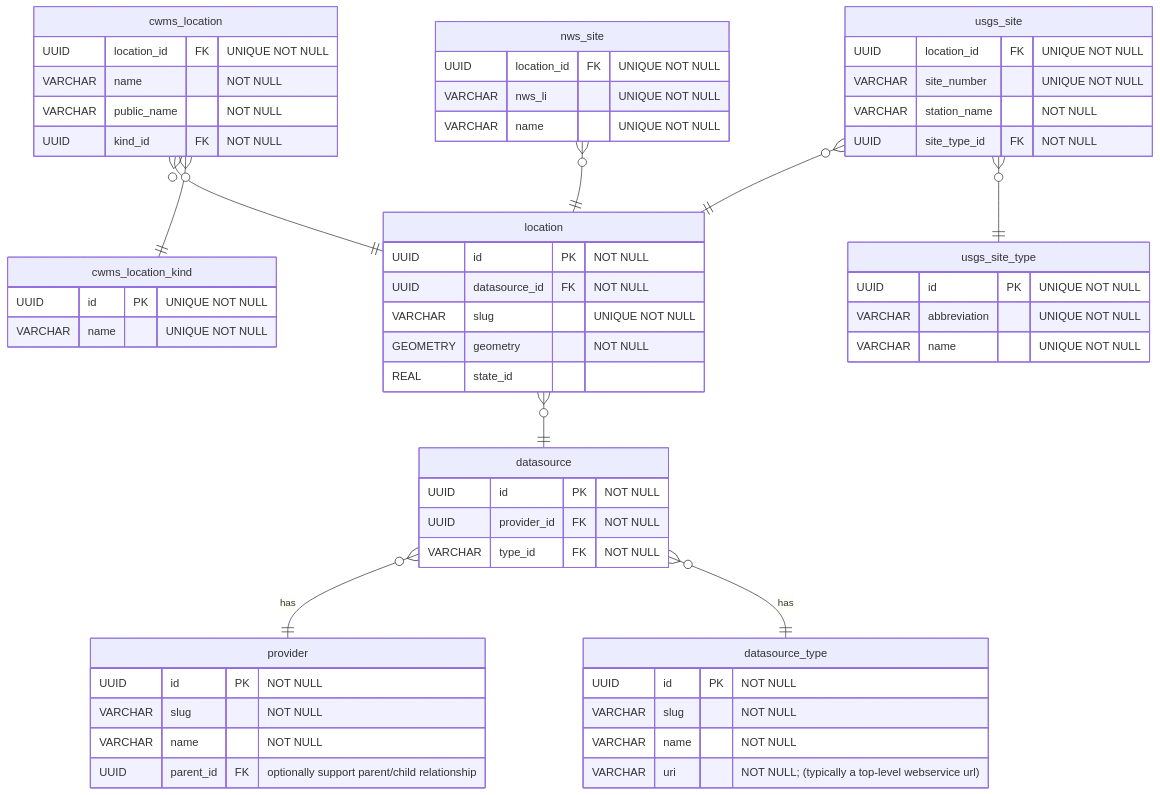
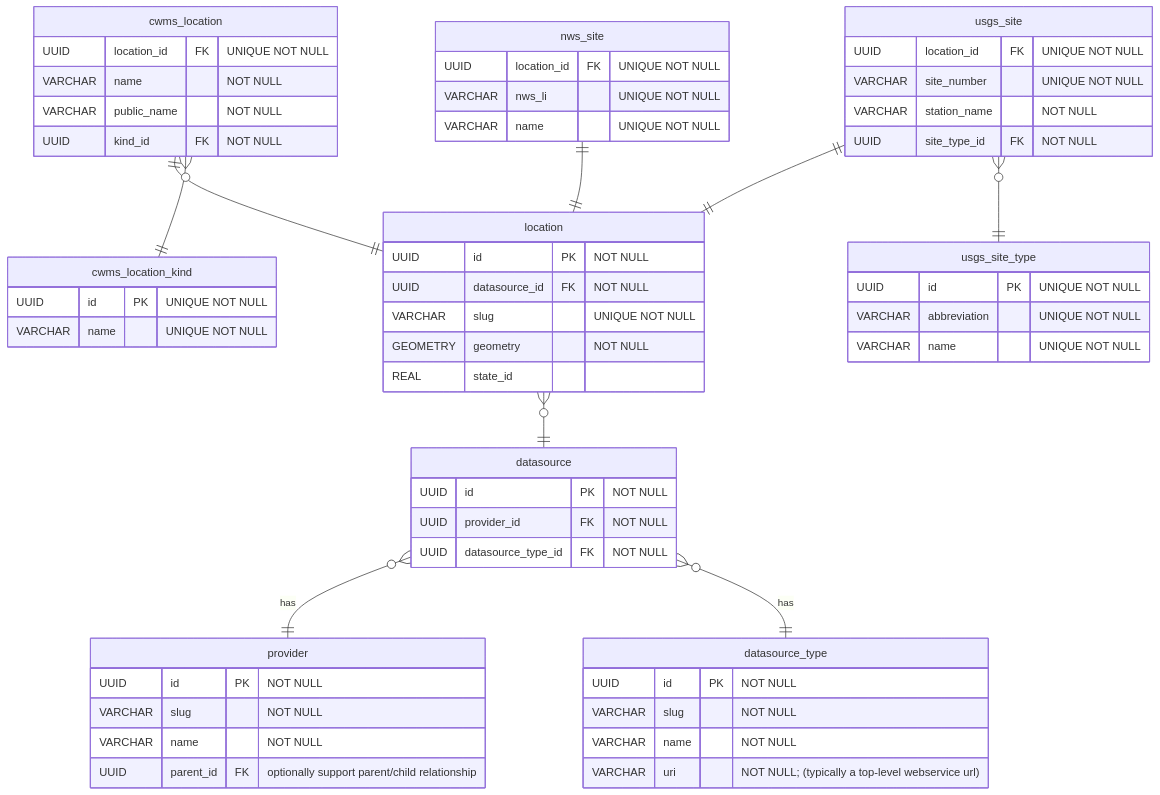
The diagram in models/location.md (USACE/water), drawn with Mermaid before and after one commit.

Commit message:
fix location er diagram connectors; revert type_id col --> datasource_type_id

````diff
--- a/models/location.md
+++ b/models/location.md
@@ -3,63 +3,63 @@
 ```mermaid
 erDiagram
 
-    cwms_location }o--|| location : ""
+    cwms_location ||--|| location : ""
     cwms_location }o--|| cwms_location_kind : ""
     cwms_location {
         UUID        location_id    FK "UNIQUE NOT NULL"
         VARCHAR     name         "NOT NULL"
         VARCHAR     public_name  "NOT NULL"
         UUID        kind_id      FK "NOT NULL"
     }
     cwms_location_kind {
         UUID        id        PK "UNIQUE NOT NULL"
         VARCHAR     name      "UNIQUE NOT NULL"
     }
-    usgs_site }o--|| location : ""
+    usgs_site ||--|| location : ""
     usgs_site }o--|| usgs_site_type : ""
     usgs_site {
         UUID        location_id        FK "UNIQUE NOT NULL"
         VARCHAR     site_number      "UNIQUE NOT NULL"
         VARCHAR     station_name             "NOT NULL"
         UUID        site_type_id  FK "NOT NULL"
     }
     usgs_site_type {
         UUID        id           PK "UNIQUE NOT NULL"
         VARCHAR     abbreviation "UNIQUE NOT NULL"
         VARCHAR     name         "UNIQUE NOT NULL"
     }
-    nws_site }o--|| location : ""
+    nws_site ||--|| location : ""
     nws_site {
         UUID        location_id        FK "UNIQUE NOT NULL"
         VARCHAR     nws_li                "UNIQUE NOT NULL"
         VARCHAR     name                  "UNIQUE NOT NULL"
     }
     location }o--|| datasource : ""
     location {
         UUID        id             PK "NOT NULL"
         UUID        datasource_id  FK "NOT NULL"
         VARCHAR     slug           "UNIQUE NOT NULL"
         GEOMETRY    geometry       "NOT NULL"
         REAL        state_id
     }
     provider {
         UUID    id        PK "NOT NULL"
         VARCHAR slug         "NOT NULL"
         VARCHAR name         "NOT NULL"
         UUID    parent_id FK "optionally support parent/child relationship"
     }
     datasource_type {
         UUID   id    PK "NOT NULL"
         VARCHAR slug    "NOT NULL"
         VARCHAR name    "NOT NULL"
         VARCHAR uri     "NOT NULL; (typically a top-level webservice url)"
     }
     datasource }o--|| provider : has
     datasource }o--|| datasource_type : has
     datasource {
-        UUID    id          PK "NOT NULL"
-        UUID    provider_id FK "NOT NULL"
-        VARCHAR type_id     FK "NOT NULL"
+        UUID id                  PK "NOT NULL"
+        UUID provider_id         FK "NOT NULL"
+        UUID datasource_type_id  FK "NOT NULL"
     }
 
 ```
````
